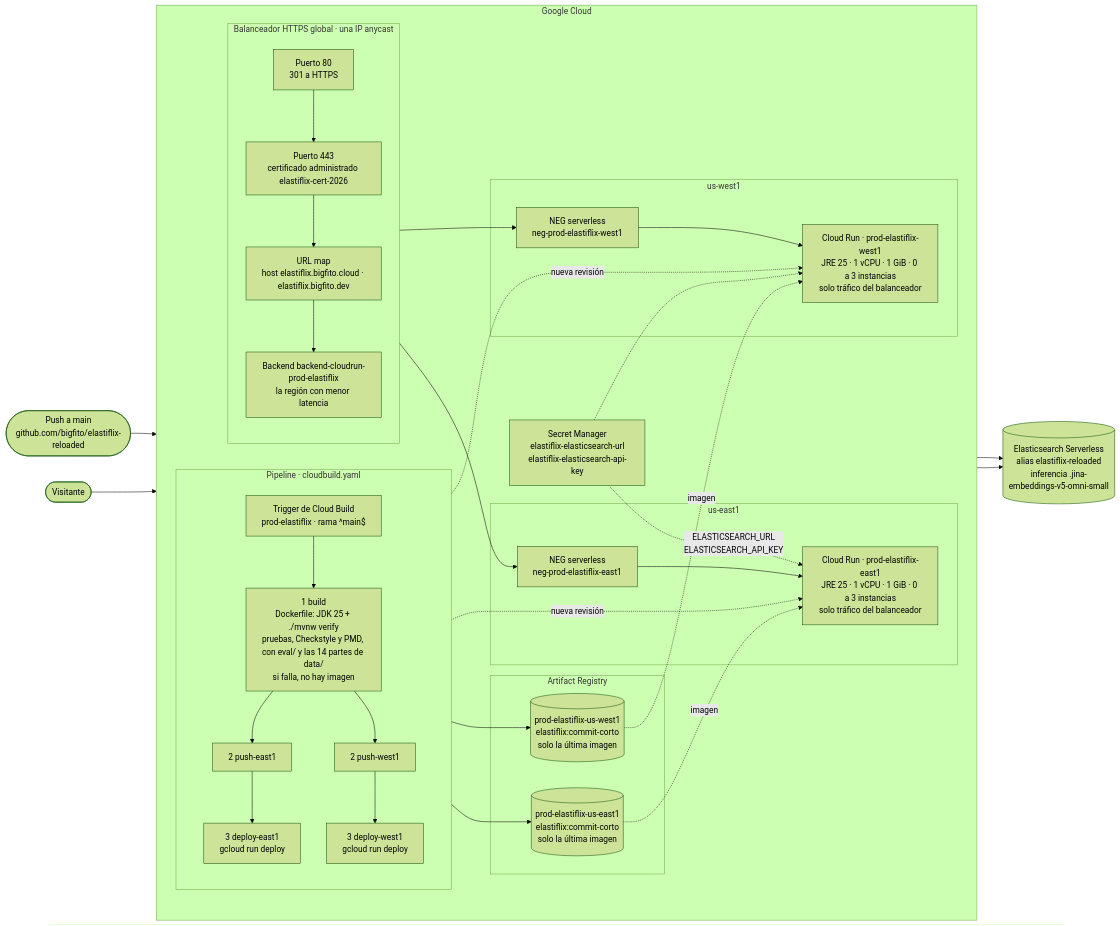
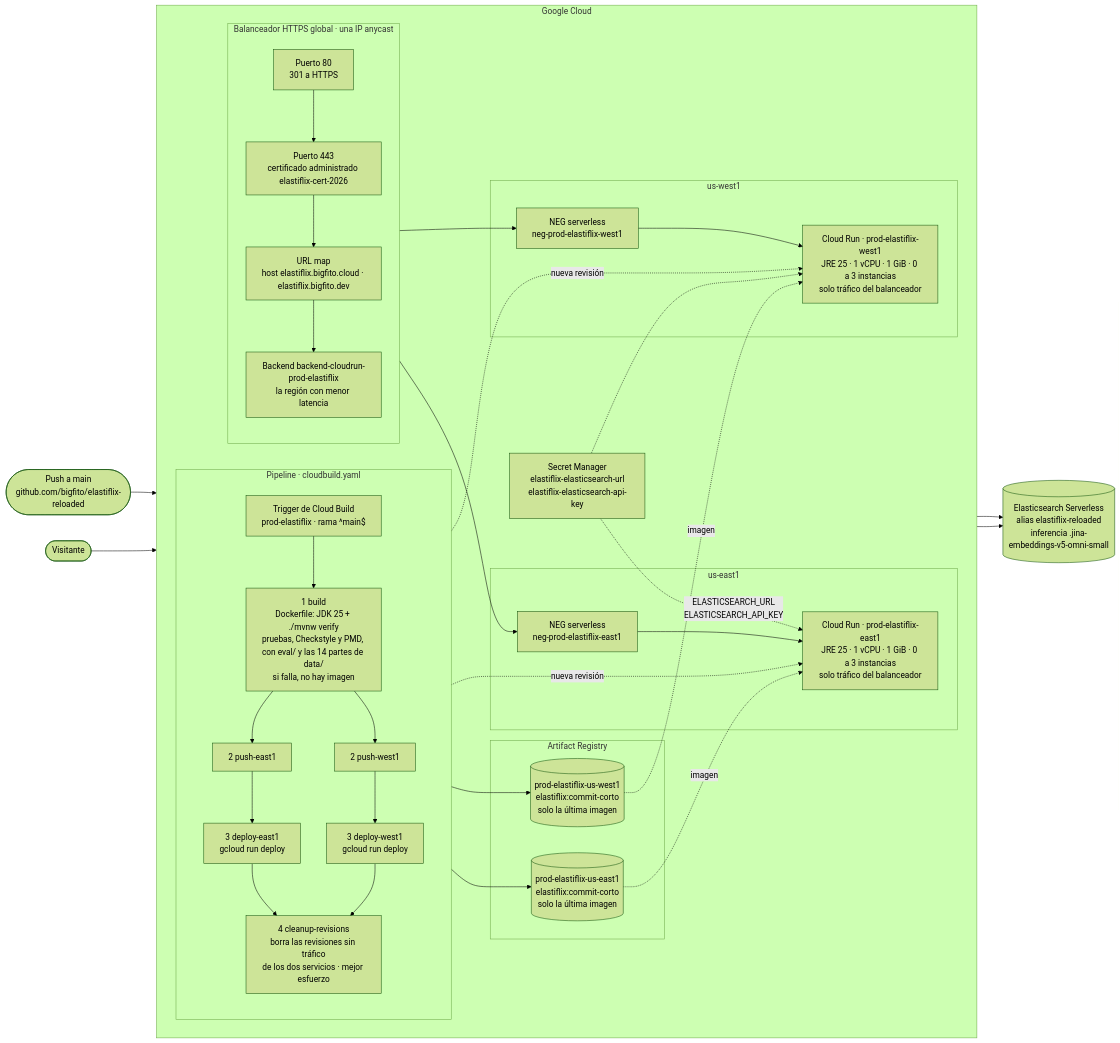
The diagram in docs/despliegue.mermaid (bigfito/elastiflix-reloaded), drawn with Mermaid (forest theme) before and after one commit. The commit also changed 3 other files, not shown here.

First line of the commit message:
El pipeline borra las revisiones de Cloud Run sin tráfico

```diff
--- a/docs/despliegue.mermaid
+++ b/docs/despliegue.mermaid
@@ -1,64 +1,67 @@
 flowchart LR
   dev(["Push a main<br/>github.com/bigfito/elastiflix-reloaded"])
   visitor(["Visitante"])
 
   subgraph gcp["Google Cloud"]
     direction LR
 
     subgraph ci["Pipeline · cloudbuild.yaml"]
       direction TB
       trigger["Trigger de Cloud Build<br/>prod-elastiflix · rama ^main$"]
       build["1 build<br/>Dockerfile: JDK 25 + ./mvnw verify<br/>pruebas, Checkstyle y PMD, con eval/ y las 14 partes de data/<br/>si falla, no hay imagen"]
       pushe["2 push-east1"]
       pushw["2 push-west1"]
       depe["3 deploy-east1<br/>gcloud run deploy"]
       depw["3 deploy-west1<br/>gcloud run deploy"]
+      cleanup["4 cleanup-revisions<br/>borra las revisiones sin tráfico<br/>de los dos servicios · mejor esfuerzo"]
       trigger --> build
       build --> pushe --> depe
       build --> pushw --> depw
+      depe --> cleanup
+      depw --> cleanup
     end
 
     subgraph registry["Artifact Registry"]
       are[("prod-elastiflix-us-east1<br/>elastiflix:commit-corto<br/>solo la última imagen")]
       arw[("prod-elastiflix-us-west1<br/>elastiflix:commit-corto<br/>solo la última imagen")]
     end
 
     subgraph lb["Balanceador HTTPS global · una IP anycast"]
       direction TB
       http["Puerto 80<br/>301 a HTTPS"]
       https["Puerto 443<br/>certificado administrado elastiflix-cert-2026"]
       urlmap["URL map<br/>host elastiflix.bigfito.cloud · elastiflix.bigfito.dev"]
       backend["Backend backend-cloudrun-prod-elastiflix<br/>la región con menor latencia"]
       http --> https --> urlmap --> backend
     end
 
     subgraph east["us-east1"]
       nege["NEG serverless<br/>neg-prod-elastiflix-east1"]
       cre["Cloud Run · prod-elastiflix-east1<br/>JRE 25 · 1 vCPU · 1 GiB · 0 a 3 instancias<br/>solo tráfico del balanceador"]
     end
 
     subgraph west["us-west1"]
       negw["NEG serverless<br/>neg-prod-elastiflix-west1"]
       crw["Cloud Run · prod-elastiflix-west1<br/>JRE 25 · 1 vCPU · 1 GiB · 0 a 3 instancias<br/>solo tráfico del balanceador"]
     end
 
     secrets["Secret Manager<br/>elastiflix-elasticsearch-url<br/>elastiflix-elasticsearch-api-key"]
   end
 
   es[("Elasticsearch Serverless<br/>alias elastiflix-reloaded<br/>inferencia .jina-embeddings-v5-omni-small")]
 
   dev --> trigger
   pushe --> are
   pushw --> arw
   depe -.->|"nueva revisión"| cre
   depw -.->|"nueva revisión"| crw
   are -.->|"imagen"| cre
   arw -.->|"imagen"| crw
 
   visitor --> http
   backend --> nege --> cre
   backend --> negw --> crw
   secrets -.->|"ELASTICSEARCH_URL<br/>ELASTICSEARCH_API_KEY"| cre
   secrets -.-> crw
   cre --> es
   crw --> es
```
